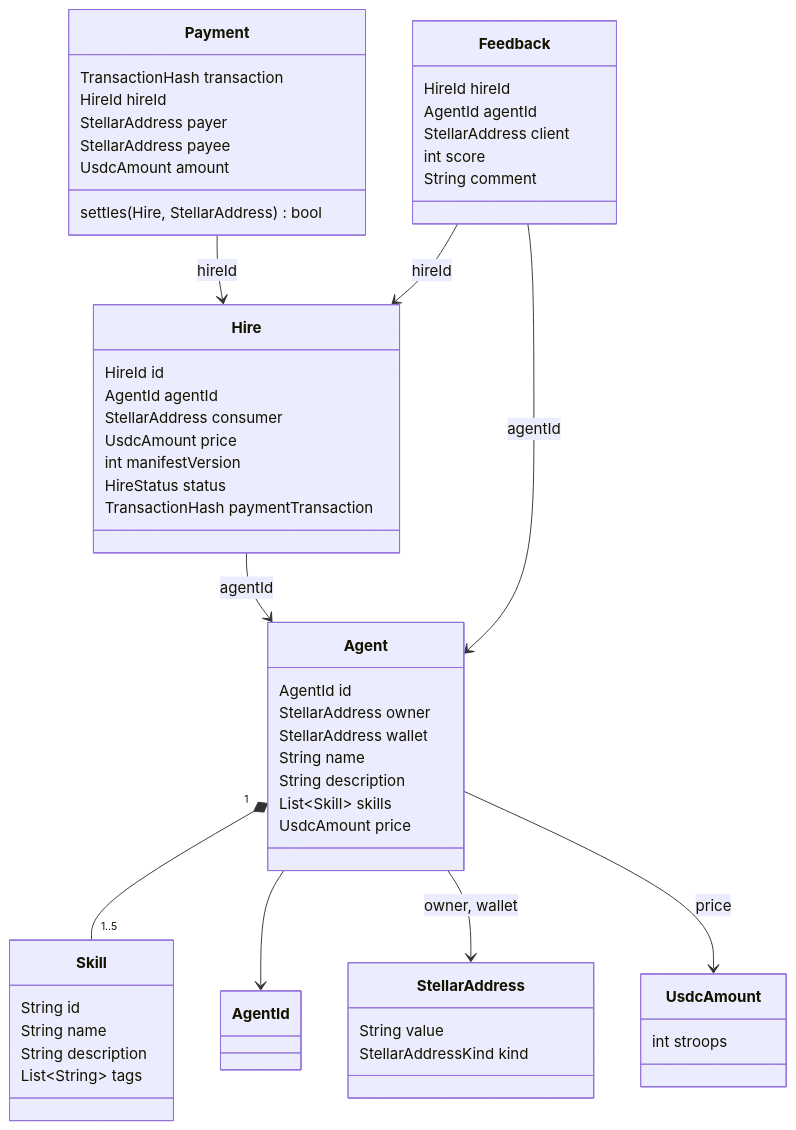
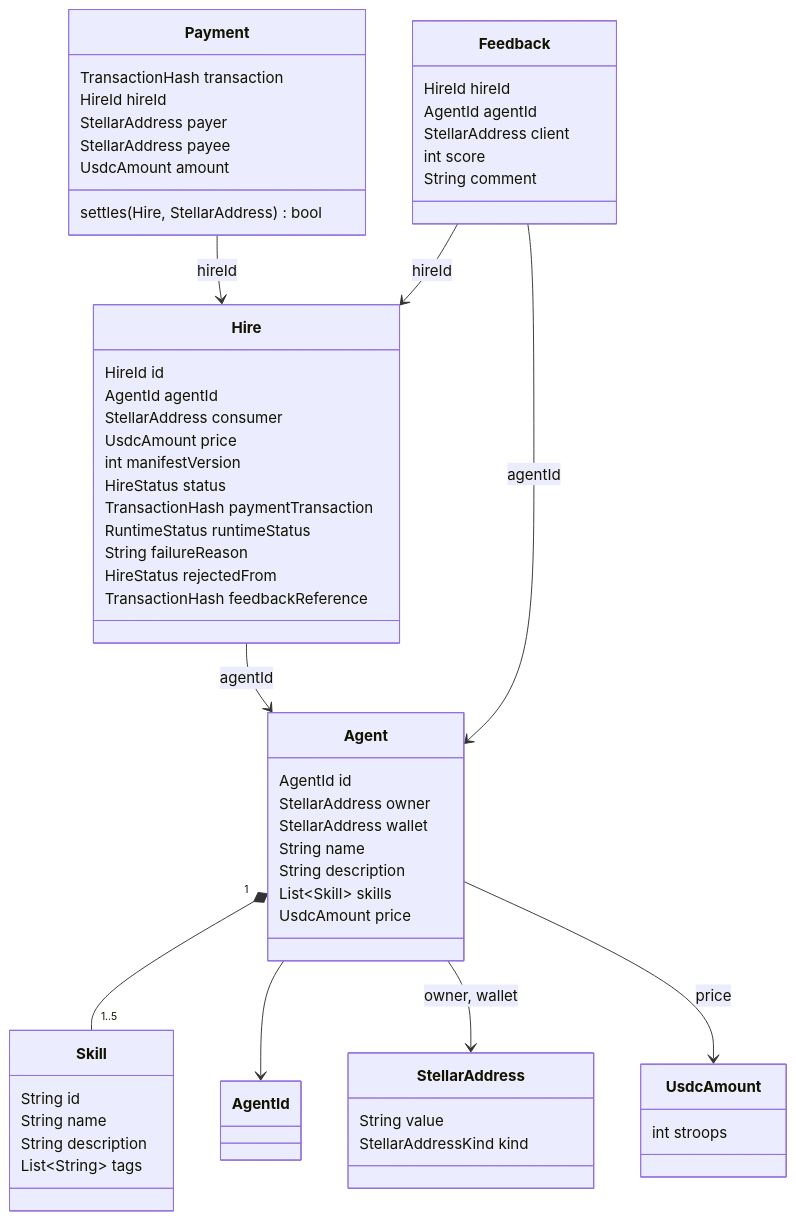
The diagram in docs/domain/model.md (Zer0-Knowledge-Hack/puls3), drawn with Mermaid before and after one commit. The commit also changed other lines of this file and 5 other files, not shown here.

````diff
--- a/docs/domain/model.md
+++ b/docs/domain/model.md
@@ -23,57 +23,61 @@
 ```mermaid
 classDiagram
   class Agent {
     AgentId id
     StellarAddress owner
     StellarAddress wallet
     String name
     String description
     List~Skill~ skills
     UsdcAmount price
   }
   class Skill {
     String id
     String name
     String description
     List~String~ tags
   }
   class Hire {
     HireId id
     AgentId agentId
     StellarAddress consumer
     UsdcAmount price
     int manifestVersion
     HireStatus status
     TransactionHash paymentTransaction
+    RuntimeStatus runtimeStatus
+    String failureReason
+    HireStatus rejectedFrom
+    TransactionHash feedbackReference
   }
   class Payment {
     TransactionHash transaction
     HireId hireId
     StellarAddress payer
     StellarAddress payee
     UsdcAmount amount
     settles(Hire, StellarAddress) bool
   }
   class Feedback {
     HireId hireId
     AgentId agentId
     StellarAddress client
     int score
     String comment
   }
   class StellarAddress {
     String value
     StellarAddressKind kind
   }
   class UsdcAmount {
     int stroops
   }
   Agent "1" *-- "1..5" Skill
   Agent --> AgentId
   Agent --> StellarAddress : owner, wallet
   Agent --> UsdcAmount : price
   Hire --> Agent : agentId
   Payment --> Hire : hireId
   Feedback --> Hire : hireId
   Feedback --> Agent : agentId
 ```
````
